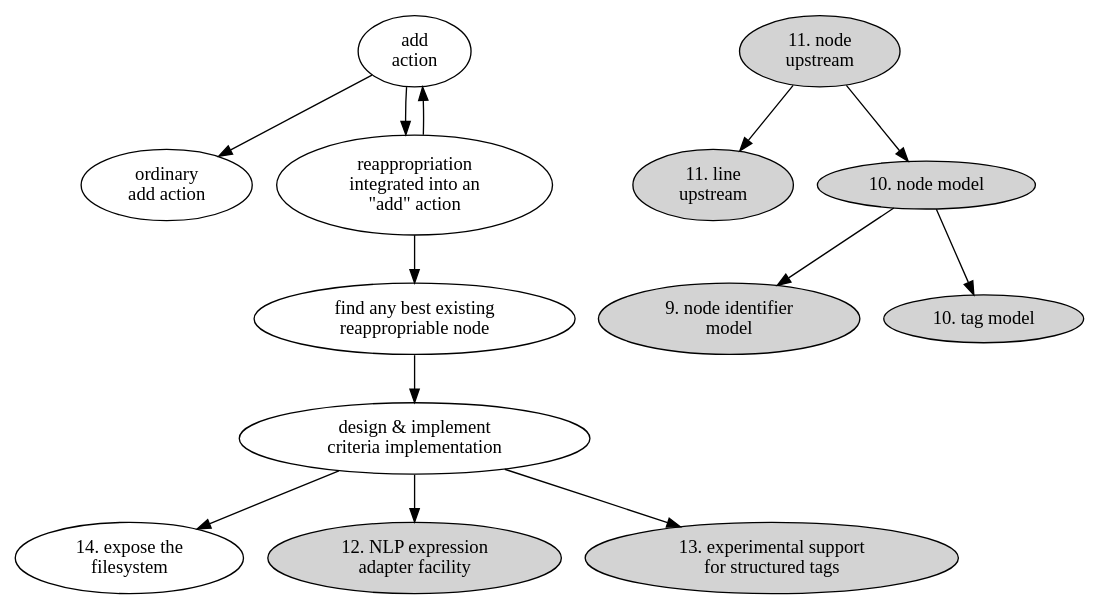
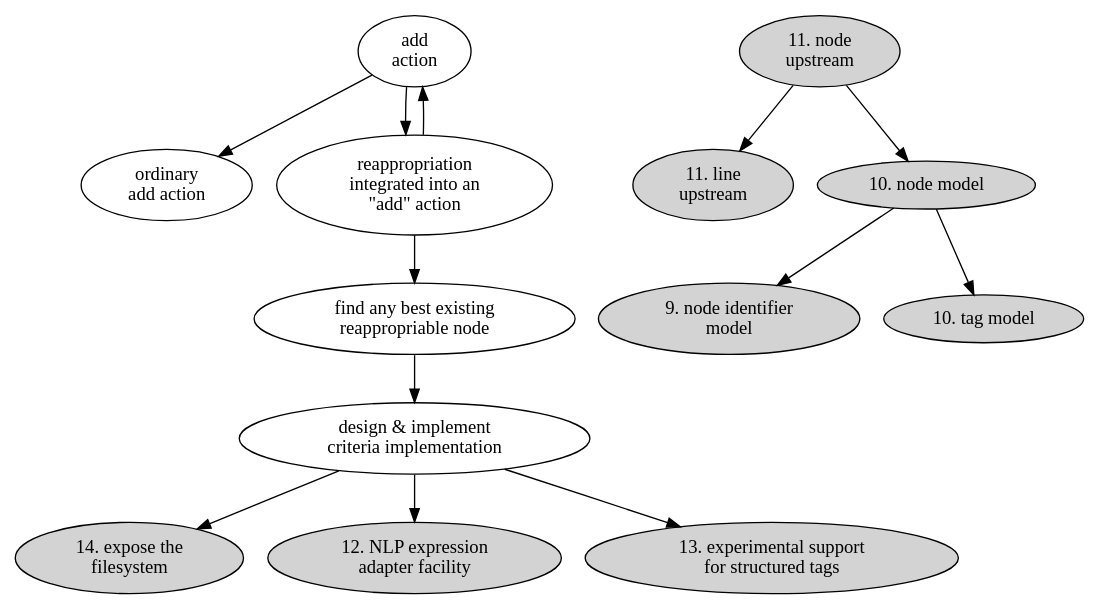
Before and after one commit to hipe/tmx: the diagram in lib/skylab/snag/doc/issues/038/component-digraph.dot, drawn with Graphviz. The commit also changed 9 other files, not shown here.

```diff
--- a/lib/skylab/snag/doc/issues/038/component-digraph.dot
+++ b/lib/skylab/snag/doc/issues/038/component-digraph.dot
@@ -1,33 +1,33 @@
 digraph {
 
   aa [label="add\naction" ]
   de [label="design & implement\ncriteria implementation"]
-  FS [label="14. expose the\nfilesystem"]
+  FS [label="14. expose the\nfilesystem" style=filled]
   line_upstream [label="11. line\nupstream" style=filled]
   NLP_experiment [label="12. NLP expression\nadapter facility" style=filled]
   node_identifier_model [label="9. node identifier\nmodel" style=filled]
   node_model [label="10. node model" style=filled]
   node_upstream [label="11. node\nupstream" style=filled]
   oaa [label="ordinary\nadd action"]
   rea [label="reappropriation\nintegrated into an\n\"add\" action" ]
   rea_actor [label="find any best existing\nreappropriable node" ]
   stru [label="13. experimental support\nfor structured tags" style=filled]
   tag_model [label="10. tag model" style=filled]
 
   aa->rea
   rea->aa
   aa->oaa
   rea->rea_actor
 
   rea_actor->de
   de->NLP_experiment
   de->FS
   de->stru
 
   node_upstream -> line_upstream
   node_upstream -> node_model
 
   node_model -> node_identifier_model
   node_model -> tag_model
 
 }
```
